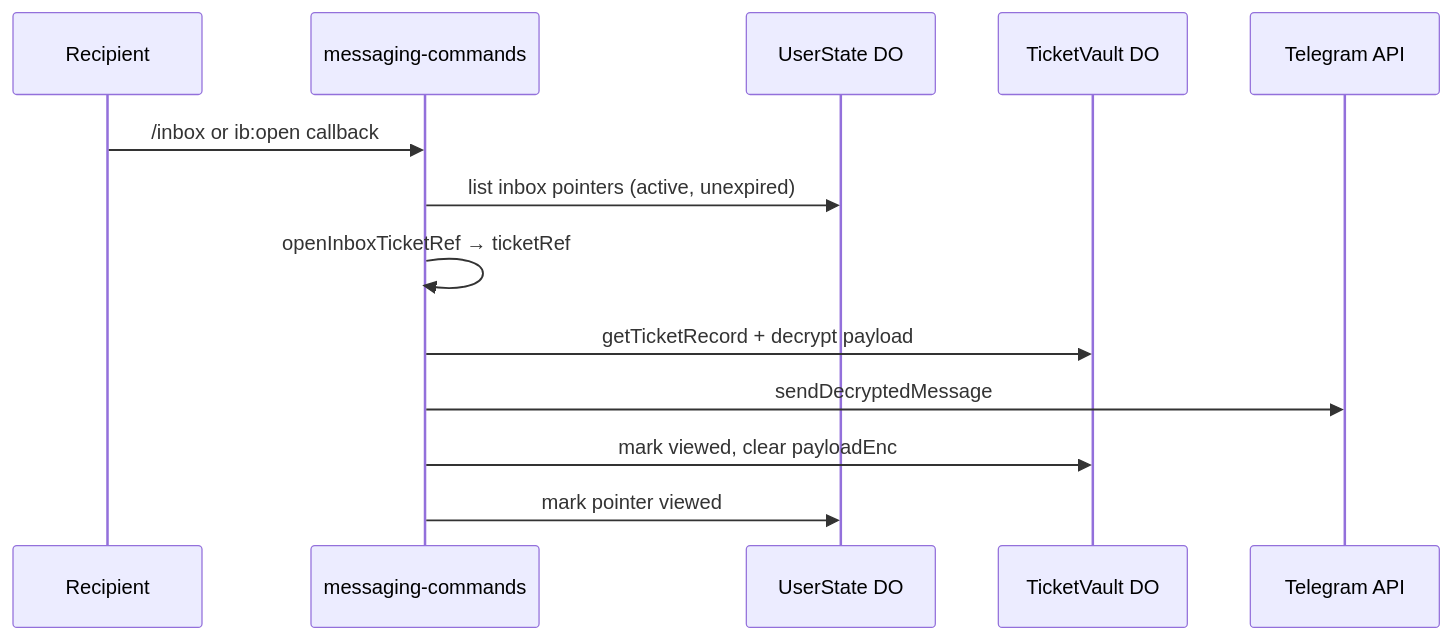
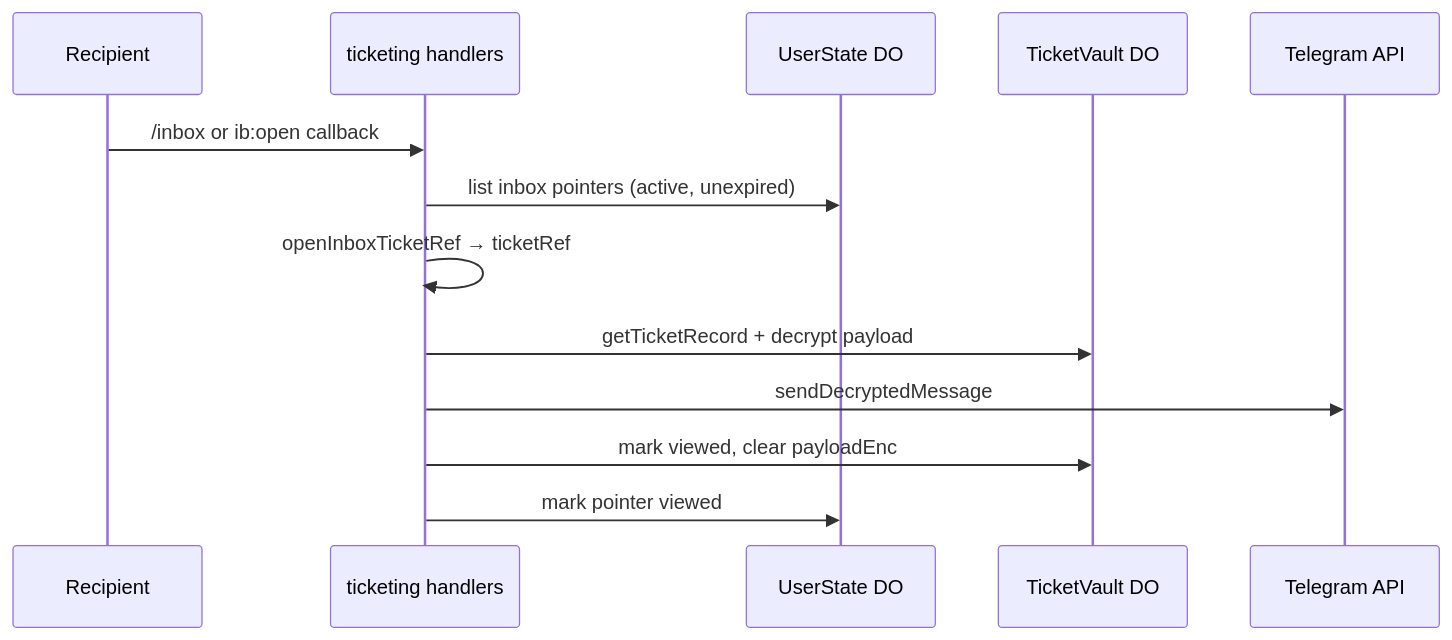
The second of 2 diagrams in docs/architecture/sealed-ticket-routing-and-inbox.md (mohetios/nekonymous), drawn with Mermaid before and after one commit. The commit also changed other lines of this file and 153 other files, not shown here.

````diff
--- a/docs/architecture/sealed-ticket-routing-and-inbox.md
+++ b/docs/architecture/sealed-ticket-routing-and-inbox.md
@@ -63,16 +63,16 @@
 ```mermaid
 sequenceDiagram
   participant R as Recipient
-  participant H as messaging-commands
+  participant H as ticketing handlers
   participant U as UserState DO
   participant V as TicketVault DO
   participant T as Telegram API
 
   R->>H: /inbox or ib:open callback
   H->>U: list inbox pointers (active, unexpired)
   H->>H: openInboxTicketRef → ticketRef
   H->>V: getTicketRecord + decrypt payload
   H->>T: sendDecryptedMessage
   H->>V: mark viewed, clear payloadEnc
   H->>U: mark pointer viewed
 ```
````
